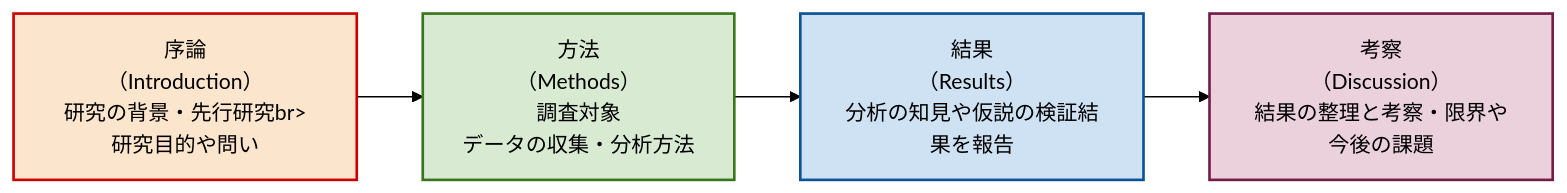
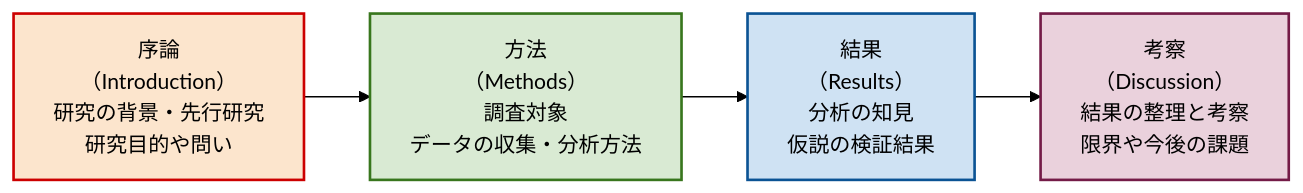
Before and after one commit to yaaruga/hp: the third of 3 diagrams in thesis-culture-media.qmd, drawn with Mermaid (forest theme). The commit also changed other lines of this file and 7 other files, not shown here.

````diff
--- a/thesis-culture-media.qmd
+++ b/thesis-culture-media.qmd
@@ -125,17 +133,17 @@
 ```{mermaid}
 flowchart LR
 classDef default fill:#ffffff,stroke:#000000,stroke-width:1px;
-    A["序論<br>（Introduction）<br>研究の背景・先行研究br>研究目的や問い"] --> B["方法<br>（Methods）<br>調査対象<br>データの収集・分析方法"]
-    B --> C["結果<br>（Results）<br>分析の知見や仮説の検証結果を報告"]
-    C --> D["考察<br>（Discussion）<br>結果の整理と考察・限界や今後の課題"]
+    A["序論<br>（Introduction）<br>研究の背景・先行研究<br>研究目的や問い"] --> B["方法<br>（Methods）<br>調査対象<br>データの収集・分析方法"]
+    B --> C["結果<br>（Results）<br>分析の知見<br>仮説の検証結果"]
+    C --> D["考察<br>（Discussion）<br>結果の整理と考察<br>限界や今後の課題"]
 
     A:::intro
     B:::method
     C:::result
     D:::discussion
 
     classDef intro fill:#fce5cd,stroke:#cc0000,stroke-width:2px;
     classDef method fill:#d9ead3,stroke:#38761d,stroke-width:2px;
     classDef result fill:#cfe2f3,stroke:#0b5394,stroke-width:2px;
     classDef discussion fill:#ead1dc,stroke:#741b47,stroke-width:2px;
 ```
````
